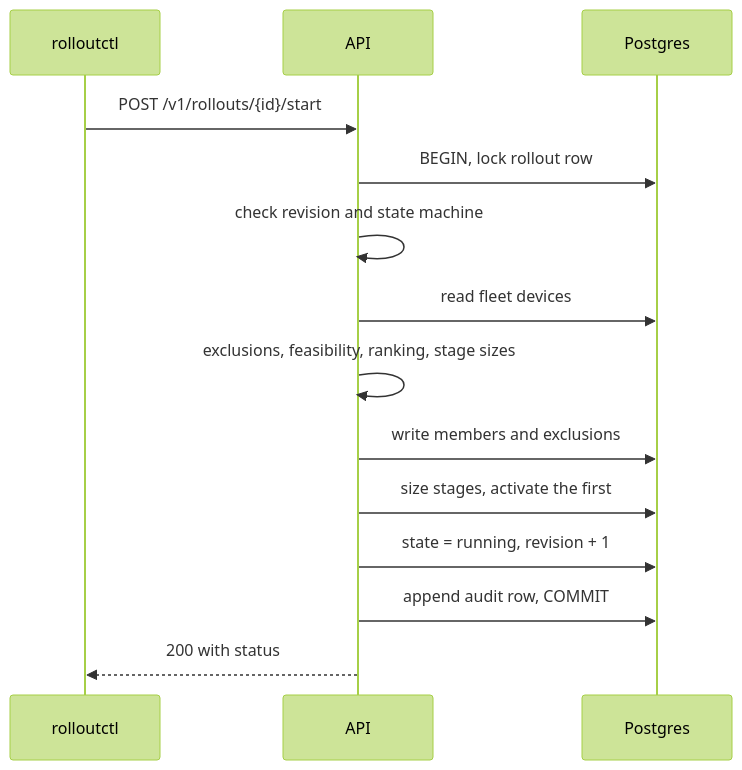
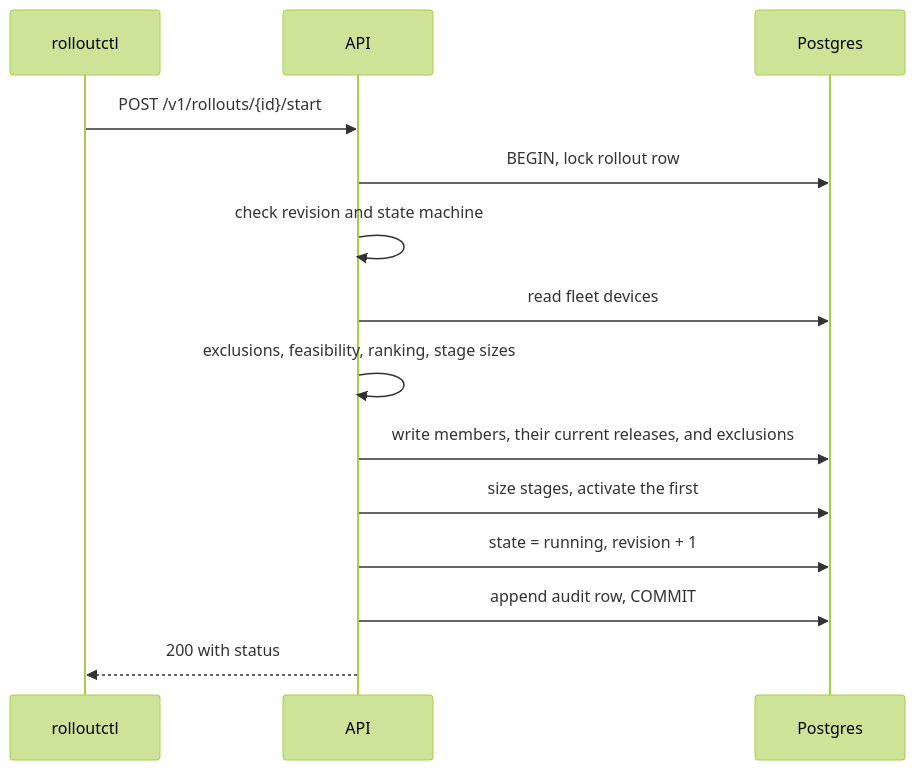
Before and after one commit to Bispulm/fleet-rollout: the third of 4 diagrams in docs/architecture.md, drawn with Mermaid (forest theme). The commit also changed other lines of this file, not shown here.

First line of the commit message:
docs: describe the architecture as it's built

````diff
--- a/docs/architecture.md
+++ b/docs/architecture.md
@@ -60,16 +122,16 @@
 ```mermaid
 sequenceDiagram
     participant C as rolloutctl
     participant A as API
     participant P as Postgres
     C->>A: POST /v1/rollouts/{id}/start
     A->>P: BEGIN, lock rollout row
     A->>A: check revision and state machine
     A->>P: read fleet devices
     A->>A: exclusions, feasibility, ranking, stage sizes
-    A->>P: write members and exclusions
+    A->>P: write members, their current releases, and exclusions
     A->>P: size stages, activate the first
     A->>P: state = running, revision + 1
     A->>P: append audit row, COMMIT
     A-->>C: 200 with status
 ```
````
